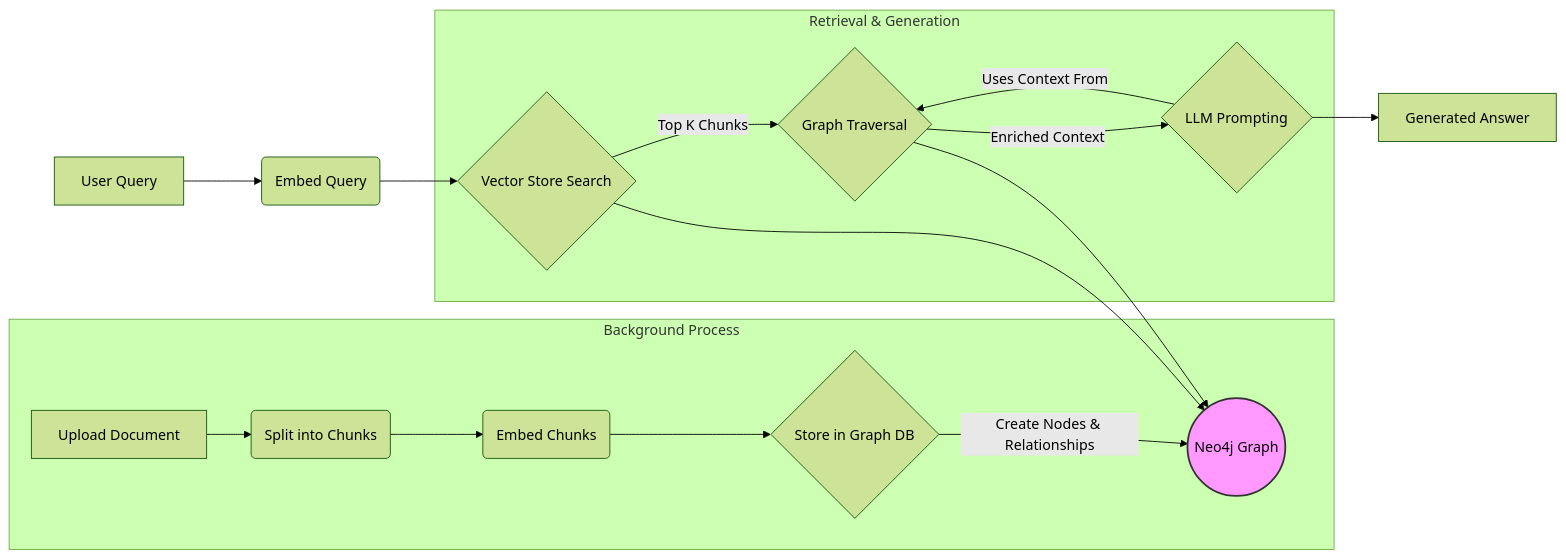
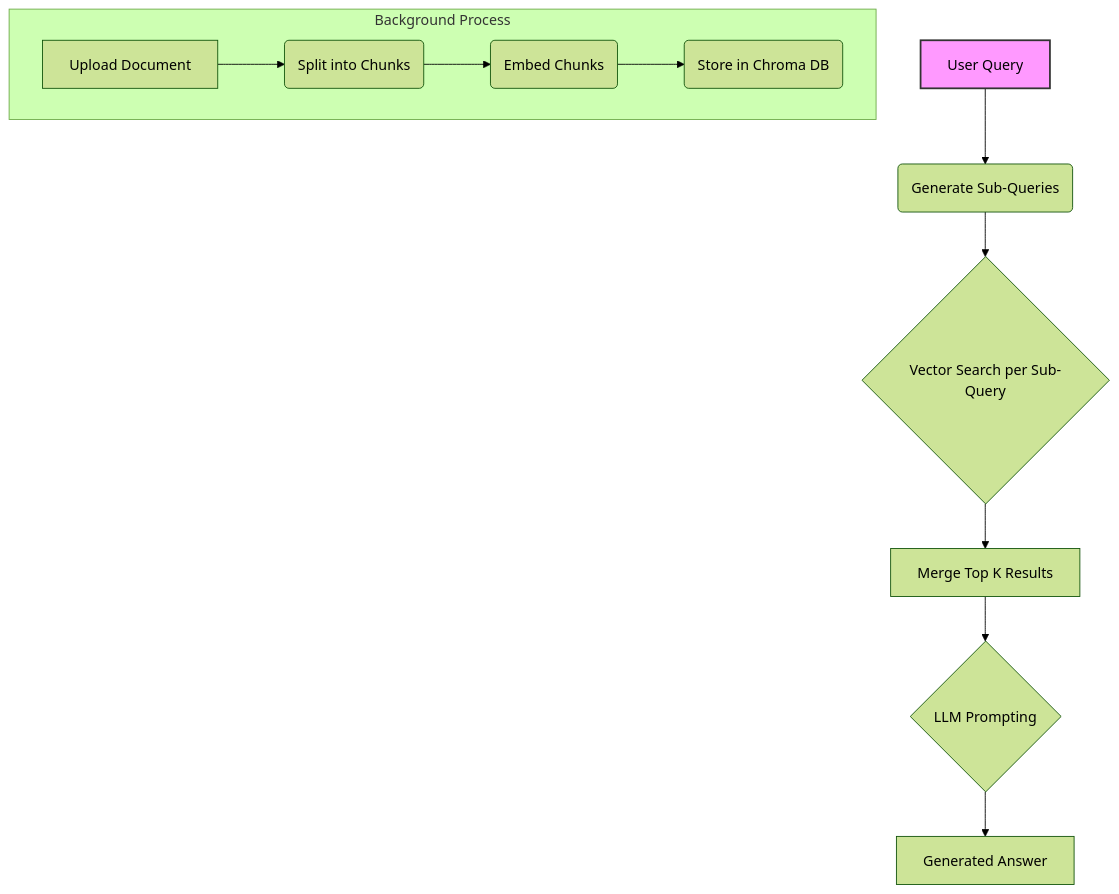
Before and after one commit to JuanJoseLL/Fusion-RAG-Chatbot: the diagram in README.md, drawn with Mermaid (forest theme). The commit also changed other lines of this file, not shown here.

````diff
--- a/README.md
+++ b/README.md
@@ -70,23 +63,16 @@
 ```mermaid
-graph LR
-    A[User Query] --> B(Embed Query);
-    B --> C{Vector Store Search};
-    C -- Top K Chunks --> D{Graph Traversal};
-    D -- Enriched Context --> E{LLM Prompting};
+graph TD
+    A[User Query] --> B(Generate Sub-Queries);
+    B --> C{Vector Search per Sub-Query};
+    C --> D[Merge Top K Results];
+    D --> E{LLM Prompting};
     E --> F[Generated Answer];
 
     subgraph Ingestion [Background Process]
         G[Upload Document] --> H(Split into Chunks);
         H --> I(Embed Chunks);
-        I --> J{Store in Graph DB};
-        J -- Create Nodes & Relationships --> K((Neo4j Graph));
+        I --> J(Store in Chroma DB);
     end
 
-    subgraph Retrieval & Generation
-        C --> K;
-        D --> K;
-        E -- Uses Context From --> D;
-    end
-
-    style K fill:#f9f,stroke:#333,stroke-width:2px
+style A fill:#f9f,stroke:#333,stroke-width:2px
 ```
````
